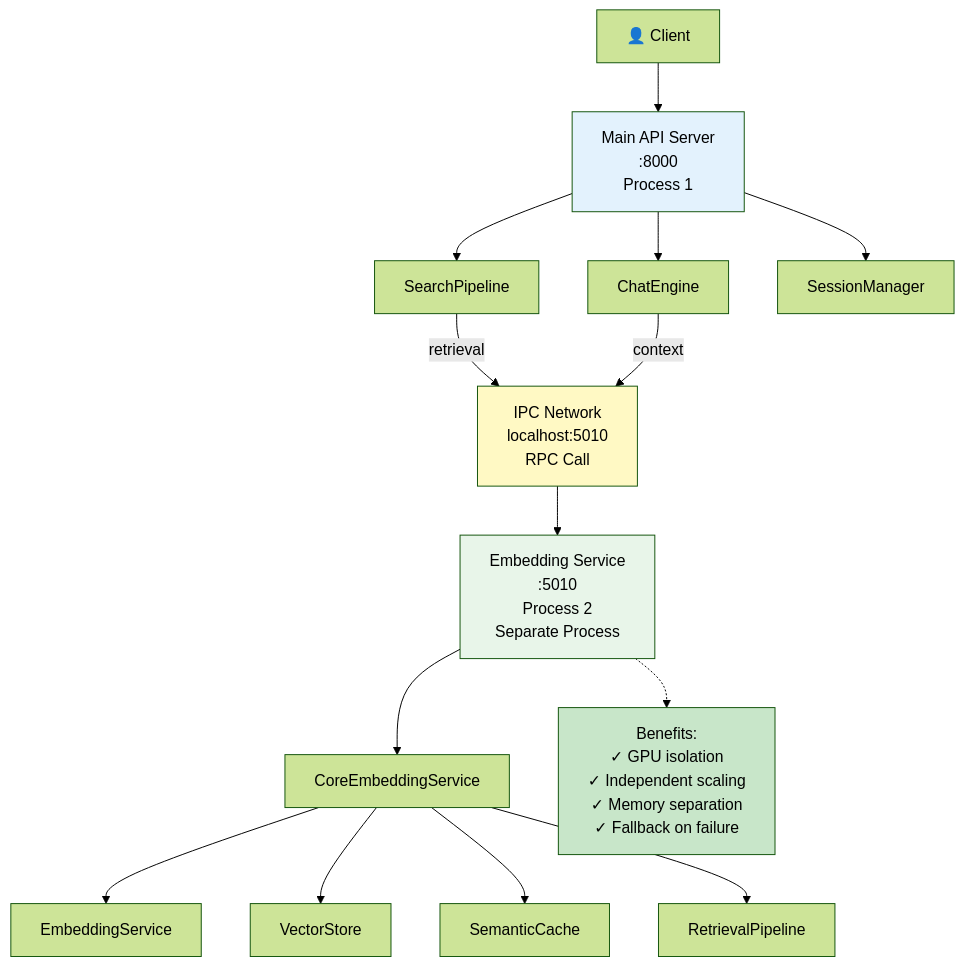
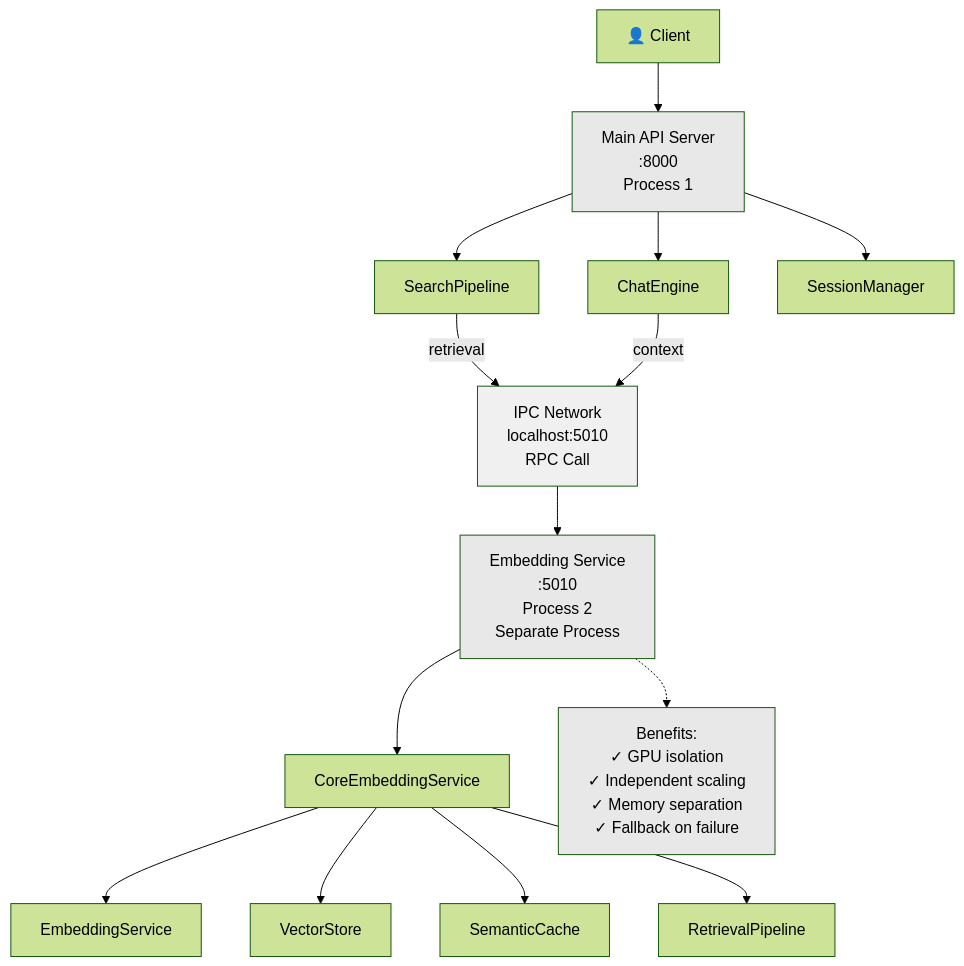
Diagram 16 of 17 in DOCS/FULL_ARCHITECTURE.md (pollinations/lixSearch), drawn with Mermaid (forest theme) before and after one commit. The commit also changed other lines of this file, not shown here.

Commit message:
refactor: Update diagram styles for improved visual consistency in architecture documentation

````diff
--- a/DOCS/FULL_ARCHITECTURE.md
+++ b/DOCS/FULL_ARCHITECTURE.md
@@ -1472,42 +1472,42 @@
 ```mermaid
 graph TB
     Client["👤 Client"]
     
     MainServer["Main API Server<br/>:8000<br/>Process 1"]
     SearchPipe["SearchPipeline"]
     ChatEng["ChatEngine"]
     SessionMgr["SessionManager"]
     
     IPCNetwork["IPC Network<br/>localhost:5010<br/>RPC Call"]
     
     EmbedProcess["Embedding Service<br/>:5010<br/>Process 2<br/>Separate Process"]
     CoreService["CoreEmbeddingService"]
     EmbedService2["EmbeddingService"]
     VectorStore2["VectorStore"]
     SemanticCache2["SemanticCache"]
     RetPipeline2["RetrievalPipeline"]
     
     Client --> MainServer
     MainServer --> SearchPipe
     MainServer --> ChatEng
     MainServer --> SessionMgr
     
     SearchPipe -->|retrieval| IPCNetwork
     ChatEng -->|context| IPCNetwork
     
     IPCNetwork --> EmbedProcess
     EmbedProcess --> CoreService
     CoreService --> EmbedService2
     CoreService --> VectorStore2
     CoreService --> SemanticCache2
     CoreService --> RetPipeline2
     
     Benefits["Benefits:<br/>✓ GPU isolation<br/>✓ Independent scaling<br />✓ Memory separation<br/>✓ Fallback on failure"]
     
     EmbedProcess -.-> Benefits
     
-    style MainServer fill:#E3F2FD
-    style EmbedProcess fill:#E8F5E9
-    style IPCNetwork fill:#FFF9C4
-    style Benefits fill:#C8E6C9
+    style MainServer fill:#E8E8E8
+    style EmbedProcess fill:#E8E8E8
+    style IPCNetwork fill:#F0F0F0
+    style Benefits fill:#E8E8E8
 ```
````
